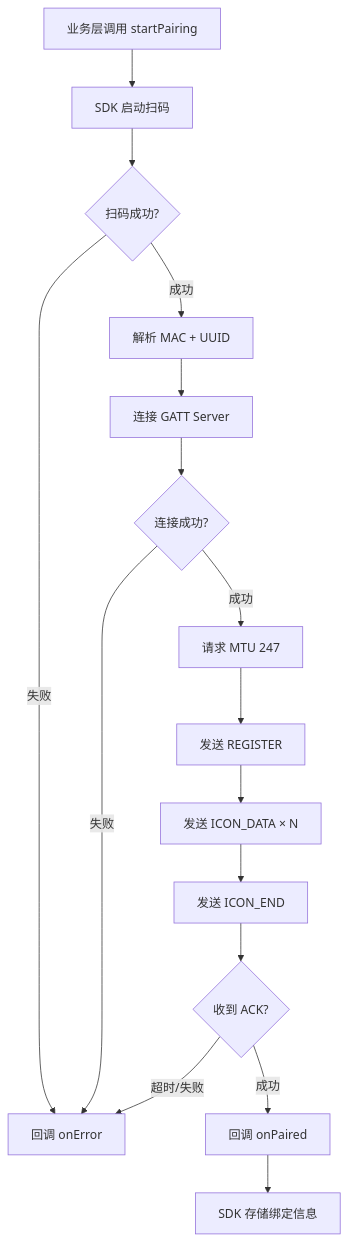
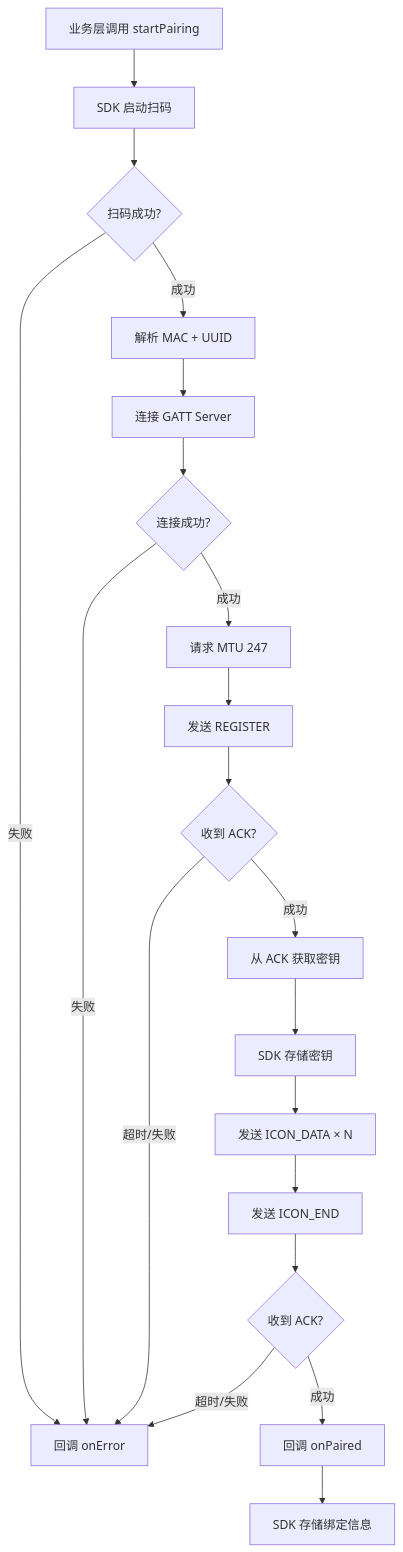
The fourth of 5 diagrams in docs/superpowers/specs/2026-07-10-ble-notification-sync-design.md (BladeFong/BleNotificationSync), drawn with Mermaid before and after one commit. The commit also changed other lines of this file and 4 other files, not shown here.

````diff
--- a/docs/superpowers/specs/2026-07-10-ble-notification-sync-design.md
+++ b/docs/superpowers/specs/2026-07-10-ble-notification-sync-design.md
@@ -180,18 +309,22 @@
 ```mermaid
 flowchart TD
     A[业务层调用 startPairing] --> B[SDK 启动扫码]
     B --> C{扫码成功?}
     C -->|失败| D[回调 onError]
     C -->|成功| E[解析 MAC + UUID]
     E --> F[连接 GATT Server]
     F --> G{连接成功?}
     G -->|失败| D
     G -->|成功| H[请求 MTU 247]
     H --> I[发送 REGISTER]
-    I --> J[发送 ICON_DATA × N]
-    J --> K[发送 ICON_END]
-    K --> L{收到 ACK?}
-    L -->|超时/失败| D
-    L -->|成功| M[回调 onPaired]
-    M --> N[SDK 存储绑定信息]
+    I --> J{收到 ACK?}
+    J -->|超时/失败| D
+    J -->|成功| K[从 ACK 获取密钥]
+    K --> K2[SDK 存储密钥]
+    K2 --> L[发送 ICON_DATA × N]
+    L --> M[发送 ICON_END]
+    M --> N{收到 ACK?}
+    N -->|超时/失败| D
+    N -->|成功| O[回调 onPaired]
+    O --> P[SDK 存储绑定信息]
 ```
````
